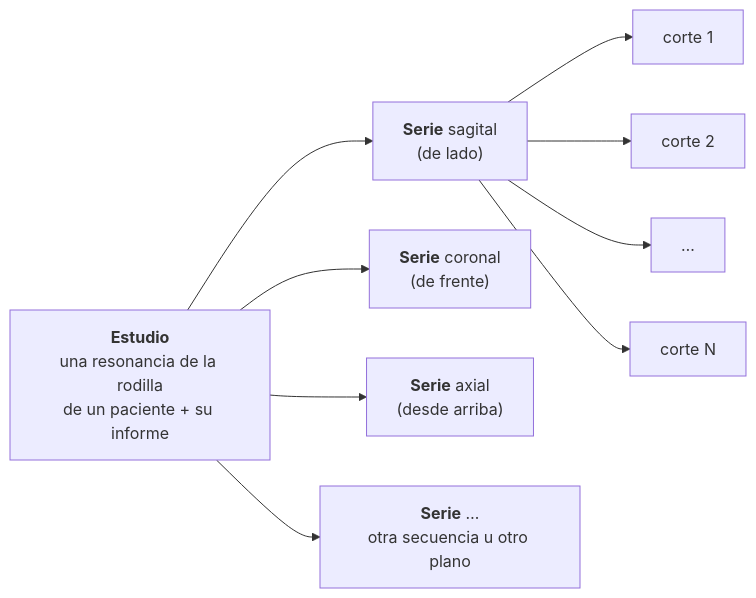
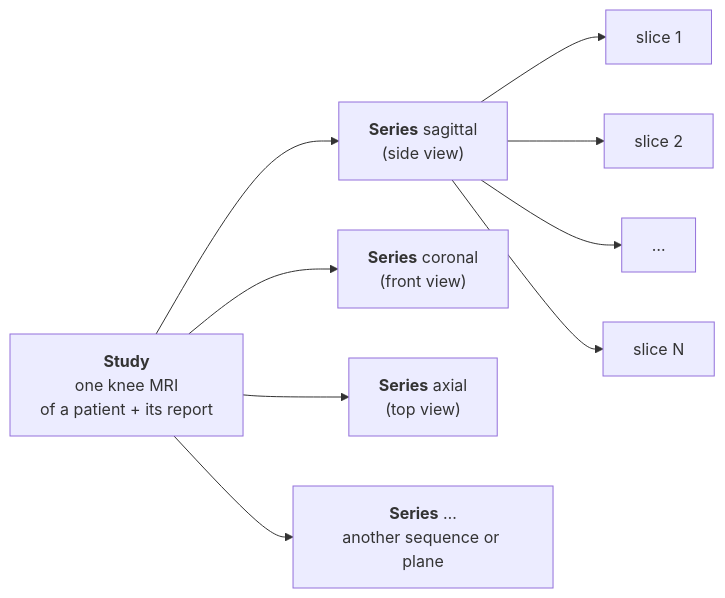
One commit to sergio100899/rsna-knee-multilabel-cnn changed the diagram in data/README.md. Above: the diagram before and after it, drawn with Mermaid. The commit also changed other lines of this file and 12 other files, not shown here.

````diff
--- a/data/README.md
+++ b/data/README.md
@@ -32,9 +34,9 @@
 ```mermaid
 flowchart LR
-    E["<b>Estudio</b><br/>una resonancia de la rodilla<br/>de un paciente + su informe"]
-    E --> S1["<b>Serie</b> sagital<br/>(de lado)"]
-    E --> S2["<b>Serie</b> coronal<br/>(de frente)"]
-    E --> S3["<b>Serie</b> axial<br/>(desde arriba)"]
-    E --> S4["<b>Serie</b> …<br/>otra secuencia u otro plano"]
-    S1 --> C1["corte 1"] & C2["corte 2"] & C3["…"] & C4["corte N"]
+    E["<b>Study</b><br/>one knee MRI<br/>of a patient + its report"]
+    E --> S1["<b>Series</b> sagittal<br/>(side view)"]
+    E --> S2["<b>Series</b> coronal<br/>(front view)"]
+    E --> S3["<b>Series</b> axial<br/>(top view)"]
+    E --> S4["<b>Series</b> …<br/>another sequence or plane"]
+    S1 --> C1["slice 1"] & C2["slice 2"] & C3["…"] & C4["slice N"]
 ```
````
